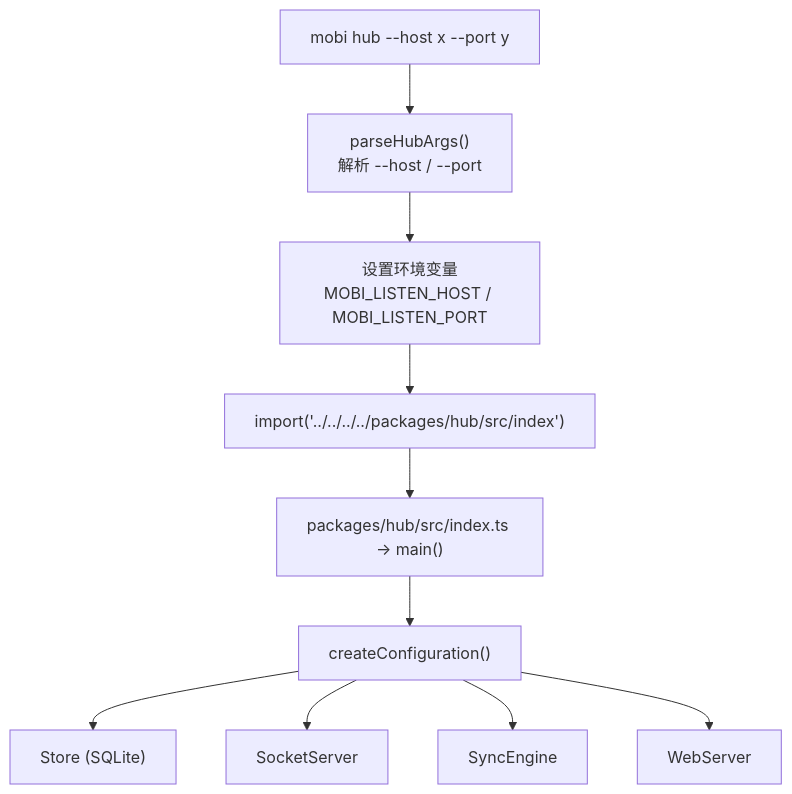
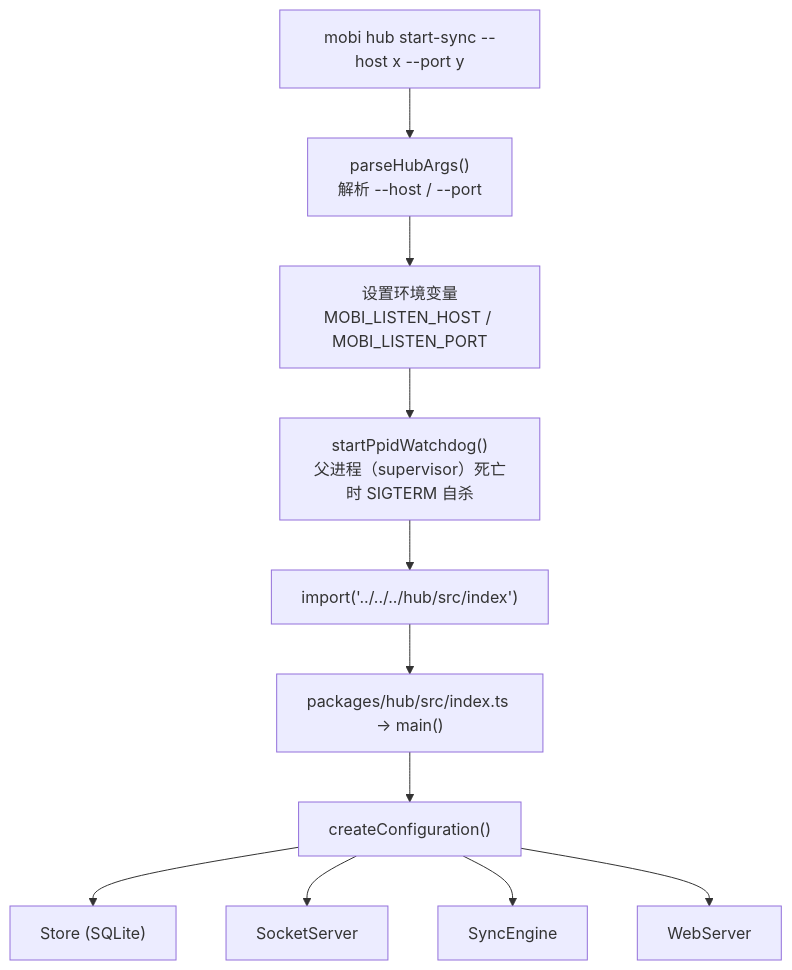
The first of 3 diagrams in docs/architecture/cli/commands/hub/README.md (ModuBit/mobi), drawn with Mermaid before and after one commit. The commit also changed other lines of this file and 4 other files, not shown here.

````diff
--- a/docs/architecture/cli/commands/hub/README.md
+++ b/docs/architecture/cli/commands/hub/README.md
@@ -9,12 +9,13 @@
 ```mermaid
 flowchart TB
-    Start["mobi hub --host x --port y"] --> Parse["parseHubArgs()<br/>解析 --host / --port"]
+    Start["mobi hub start-sync --host x --port y"] --> Parse["parseHubArgs()<br/>解析 --host / --port"]
     Parse --> Env["设置环境变量<br/>MOBI_LISTEN_HOST / MOBI_LISTEN_PORT"]
-    Env --> Import["import('../../../../packages/hub/src/index')"]
+    Env --> Watchdog["startPpidWatchdog()<br/>父进程（supervisor）死亡时 SIGTERM 自杀"]
+    Watchdog --> Import["import('../../../hub/src/index')"]
     Import --> HubMain["packages/hub/src/index.ts → main()"]
     HubMain --> Config["createConfiguration()"]
     Config --> Store["Store (SQLite)"]
     Config --> SocketServer["SocketServer"]
     Config --> SyncEngine["SyncEngine"]
     Config --> WebServer["WebServer"]
 ```
````
